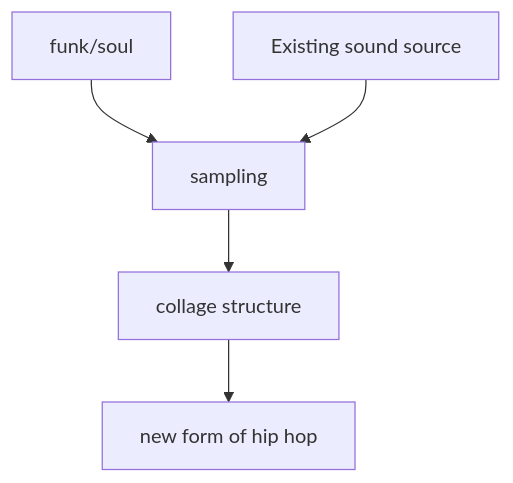
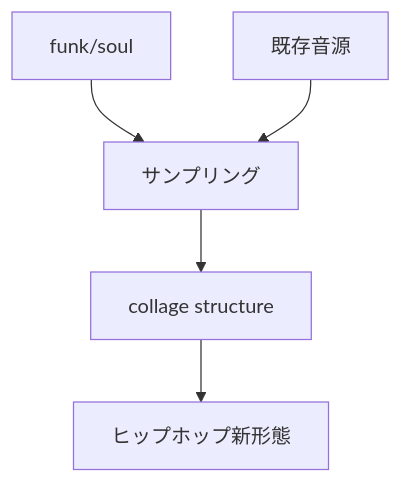
Before and after one commit to monumental-movement/monumental-movement.github.io: the seventh of 11 diagrams in en/_posts/2026-06-30-column-influential-album-02.md, drawn with Mermaid. The commit also changed other lines of this file and 2196 other files, not shown here.

```diff
--- a/en/_posts/2026-06-30-column-influential-album-02.md
+++ b/en/_posts/2026-06-30-column-influential-album-02.md
@@ -833,14 +831,14 @@
 <div class="mermaid">
 flowchart TD
 A[funk/soul]
-B[Existing sound source]
-C[sampling]
+B[既存音源]
+C[サンプリング]
 D[collage structure]
-E[new form of hip hop]
+E[ヒップホップ新形態]
 
 A --> C
 B --> C
 C --> D
 D --> E
 
 </div>
```
